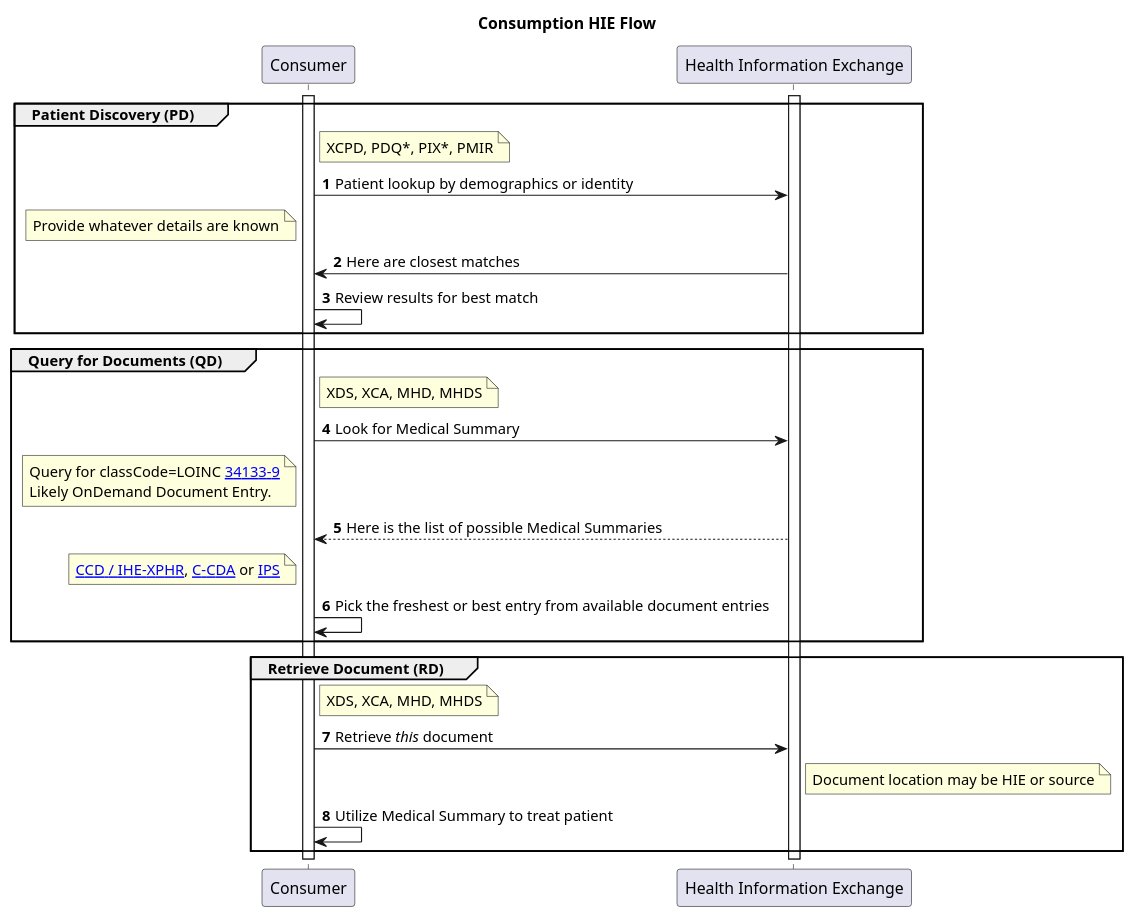
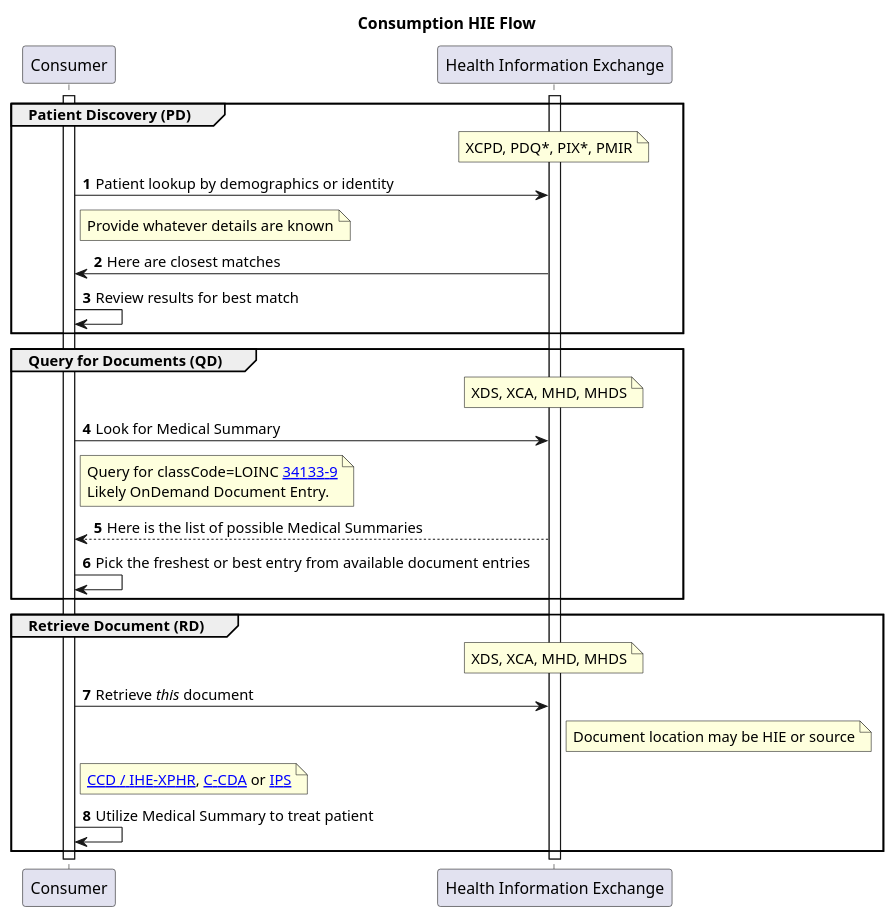
The diagram in input/images-source/consume-processflow.plantuml (IHE/EMS-Overall), drawn with PlantUML before and after one commit. The commit also changed 3 other files, not shown here.

Commit message:
clean and simplify diagrams

```diff
--- a/input/images-source/consume-processflow.plantuml
+++ b/input/images-source/consume-processflow.plantuml
@@ -1,37 +1,37 @@
 @startuml
 skinparam svgDimensionStyle false
 title Consumption HIE Flow
 participant "Consumer" as Consumer
 participant "Health Information Exchange" as HIE [[https://profiles.ihe.net/ITI/HIE-Whitepaper/index.html HIE-Whitepaper]]
 autonumber
 activate Consumer
 activate HIE
 
 group Patient Discovery (PD)
-note right of Consumer:  XCPD, PDQ*, PIX*, PMIR
+note over HIE:  XCPD, PDQ*, PIX*, PMIR
 Consumer -> HIE: Patient lookup by demographics or identity
-Note left of Consumer: Provide whatever details are known
+Note right of Consumer: Provide whatever details are known
 Consumer <- HIE: Here are closest matches
 Consumer -> Consumer: Review results for best match
 end group
 
 group Query for Documents (QD)
-note right of Consumer:  XDS, XCA, MHD, MHDS
+note over HIE:  XDS, XCA, MHD, MHDS
 Consumer -> HIE: Look for Medical Summary
-Note left of Consumer: Query for classCode=LOINC [[https://loinc.org/34133-9/ 34133-9]]\nLikely OnDemand Document Entry.
+Note right of Consumer: Query for classCode=LOINC [[https://loinc.org/34133-9/ 34133-9]]\nLikely OnDemand Document Entry.
 Consumer <-- HIE: Here is the list of possible Medical Summaries
-Note left of Consumer: [[https://www.ihe.net/uploadedFiles/Documents/PCC/IHE_PCC_TF_Vol1.pdf#nameddest=4_Exchange_of_Personal_Health_R CCD / IHE-XPHR]], [[https://www.hl7.org/ccdasearch/ C-CDA]] or [[https://hl7.org/fhir/uv/ips/ IPS]]
 Consumer -> Consumer: Pick the freshest or best entry from available document entries
 end group
 
 group Retrieve Document (RD)
-note right of Consumer:  XDS, XCA, MHD, MHDS
+note over HIE:  XDS, XCA, MHD, MHDS
 Consumer -> HIE: Retrieve //this// document
 note right of HIE: Document location may be HIE or source
+Note right of Consumer: [[https://www.ihe.net/uploadedFiles/Documents/PCC/IHE_PCC_TF_Vol1.pdf#nameddest=4_Exchange_of_Personal_Health_R CCD / IHE-XPHR]], [[https://www.hl7.org/ccdasearch/ C-CDA]] or [[https://hl7.org/fhir/uv/ips/ IPS]]
 Consumer -> Consumer: Utilize Medical Summary to treat patient
 end group
 
 deactivate HIE
 deactivate Consumer
 
 @enduml
```
